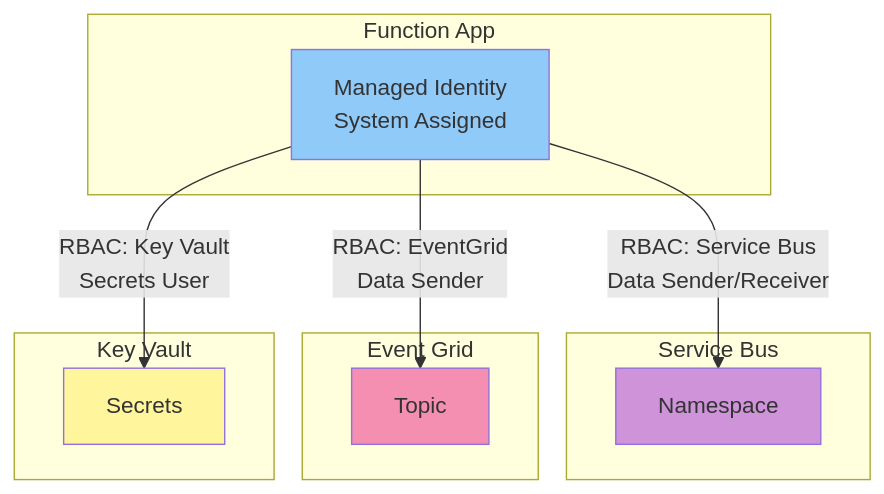
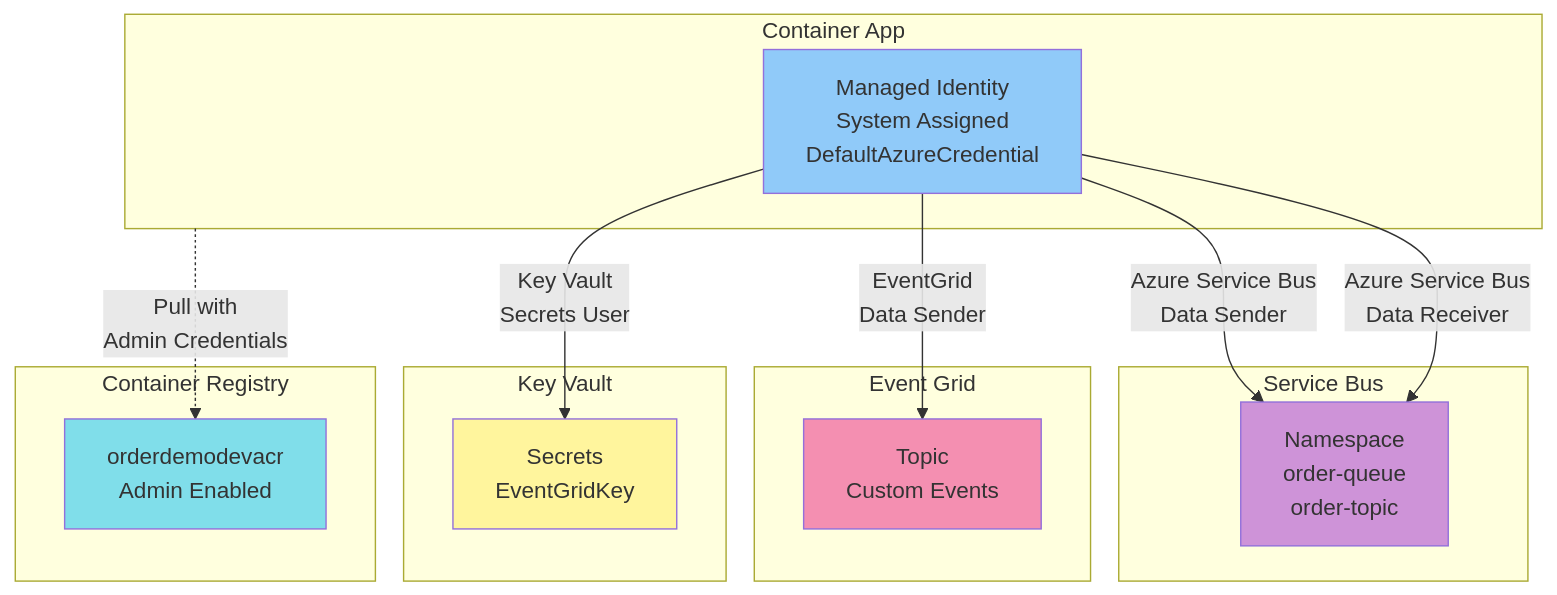
The fourth of 6 diagrams in ARCHITECTURE.md (vksolanki/azure-containerapp-eventdriven-demo), drawn with Mermaid before and after one commit. The commit also changed other lines of this file, not shown here.

````diff
--- a/ARCHITECTURE.md
+++ b/ARCHITECTURE.md
@@ -126,27 +164,35 @@
 ```mermaid
 graph TB
-    subgraph FunctionApp["Function App"]
-        MI[Managed Identity<br/>System Assigned]
+    subgraph ContainerApp["Container App"]
+        MI[Managed Identity<br/>System Assigned<br/>DefaultAzureCredential]
     end
     
     subgraph ServiceBus["Service Bus"]
-        SB[Namespace]
+        SB[Namespace<br/>order-queue<br/>order-topic]
     end
     
     subgraph EventGrid["Event Grid"]
-        EGT[Topic]
+        EGT[Topic<br/>Custom Events]
     end
     
     subgraph KeyVault["Key Vault"]
-        KV[Secrets]
+        KV[Secrets<br/>EventGridKey]
     end
     
-    MI -->|RBAC: Service Bus<br/>Data Sender/Receiver| SB
-    MI -->|RBAC: EventGrid<br/>Data Sender| EGT
-    MI -->|RBAC: Key Vault<br/>Secrets User| KV
+    subgraph ACR["Container Registry"]
+        Registry[orderdemodevacr<br/>Admin Enabled]
+    end
+    
+    MI -->|Azure Service Bus<br/>Data Sender| SB
+    MI -->|Azure Service Bus<br/>Data Receiver| SB
+    MI -->|EventGrid<br/>Data Sender| EGT
+    MI -->|Key Vault<br/>Secrets User| KV
+    
+    ContainerApp -.->|Pull with<br/>Admin Credentials| Registry
     
     style MI fill:#90caf9
     style SB fill:#ce93d8
     style EGT fill:#f48fb1
     style KV fill:#fff59d
+    style Registry fill:#80deea
 ```
````
